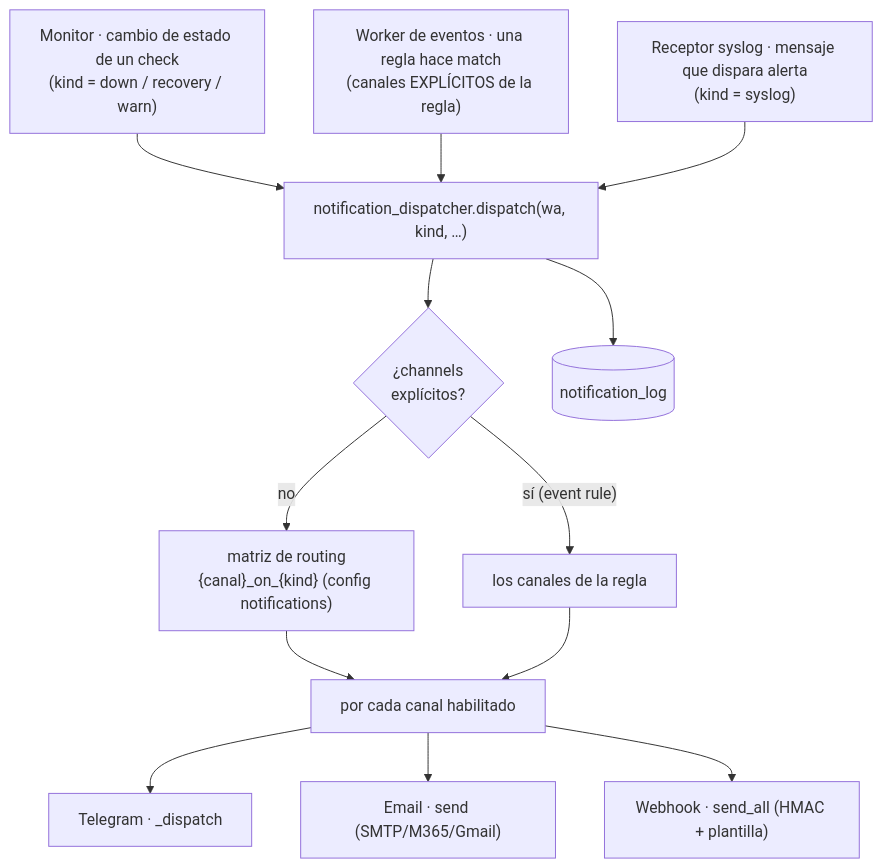
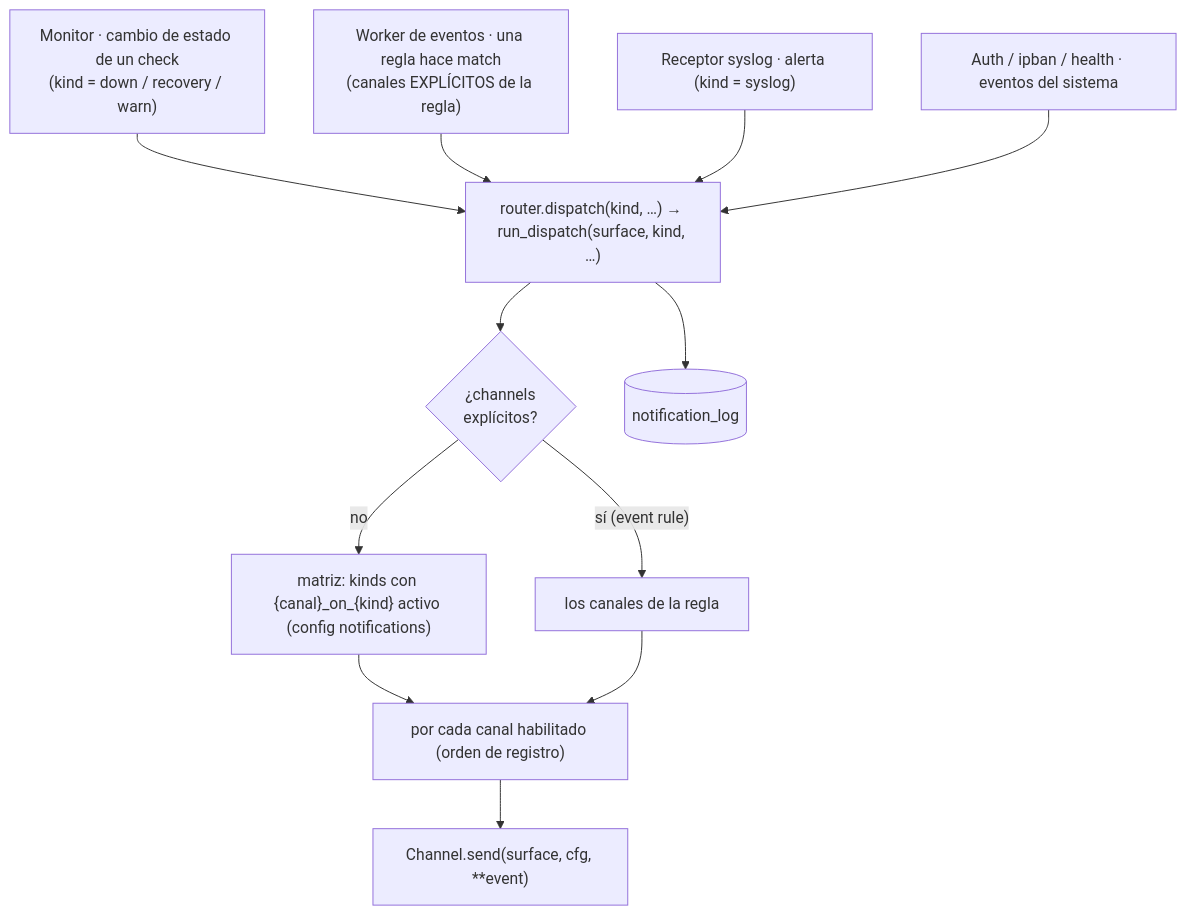
One commit to vsc55/ServiceSentry changed the second of 2 diagrams in docs/notifications.md. Above: the diagram before and after it, drawn with Mermaid. The commit also changed other lines of this file and 276 other files, not shown here.

````diff
--- a/docs/notifications.md
+++ b/docs/notifications.md
@@ -56,15 +131,14 @@
 ```mermaid
 flowchart TB
     mon["Monitor · cambio de estado de un check<br/>(kind = down / recovery / warn)"] --> disp
     evt["Worker de eventos · una regla hace match<br/>(canales EXPLÍCITOS de la regla)"] --> disp
-    syl["Receptor syslog · mensaje que dispara alerta<br/>(kind = syslog)"] --> disp
-    disp["notification_dispatcher.dispatch(wa, kind, …)"] --> sel{"¿channels<br/>explícitos?"}
-    sel -- "no" --> mat["matriz de routing<br/>{canal}_on_{kind} (config notifications)"]
+    syl["Receptor syslog · alerta (kind = syslog)"] --> disp
+    aut["Auth / ipban / health · eventos del sistema"] --> disp
+    disp["router.dispatch(kind, …) → run_dispatch(surface, kind, …)"] --> sel{"¿channels<br/>explícitos?"}
+    sel -- "no" --> mat["matriz: kinds con {canal}_on_{kind} activo (config notifications)"]
     sel -- "sí (event rule)" --> exp["los canales de la regla"]
-    mat --> ch["por cada canal habilitado"]
+    mat --> ch["por cada canal habilitado (orden de registro)"]
     exp --> ch
-    ch --> tg["Telegram · _dispatch"]
-    ch --> em["Email · send (SMTP/M365/Gmail)"]
-    ch --> wh["Webhook · send_all (HMAC + plantilla)"]
+    ch --> sendc["Channel.send(surface, cfg, **event)"]
     disp --> log[("notification_log")]
 ```
````
